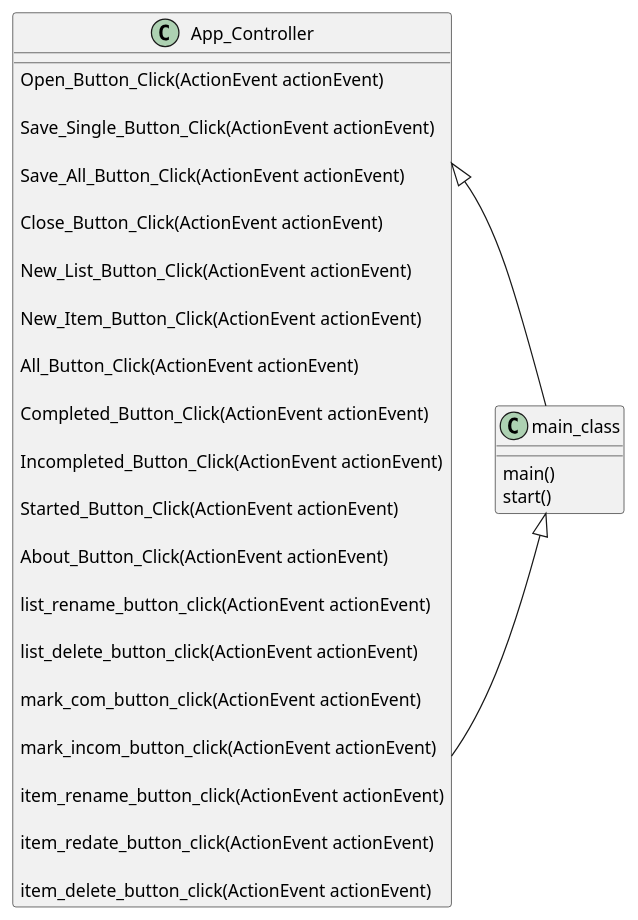
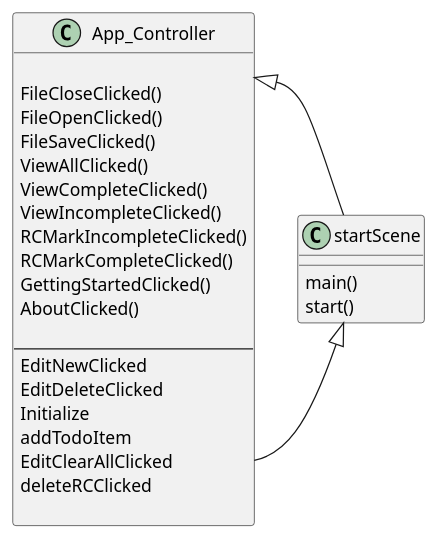
Before and after one commit to reyfundora/fundora-cop3330-assignment4part2: the diagram in uml/Controller_Diagram.puml, drawn with PlantUML. The commit also changed 7 other files, not shown here.

```diff
--- a/uml/Controller_Diagram.puml
+++ b/uml/Controller_Diagram.puml
@@ -1,52 +1,36 @@
 @startuml
 'https://plantuml.com/sequence-diagram
 
 class App_Controller {
-Open_Button_Click(ActionEvent actionEvent)
 
-Save_Single_Button_Click(ActionEvent actionEvent)
+FileCloseClicked()
+FileOpenClicked()
+FileSaveClicked()
+ViewAllClicked()
+ViewCompleteClicked()
+ViewIncompleteClicked()
+RCMarkIncompleteClicked()
+RCMarkCompleteClicked()
+GettingStartedClicked()
+AboutClicked()
 
-Save_All_Button_Click(ActionEvent actionEvent)
-
-Close_Button_Click(ActionEvent actionEvent)
-
-New_List_Button_Click(ActionEvent actionEvent)
-
-New_Item_Button_Click(ActionEvent actionEvent)
-
-All_Button_Click(ActionEvent actionEvent)
-
-Completed_Button_Click(ActionEvent actionEvent)
-
-Incompleted_Button_Click(ActionEvent actionEvent)
-
-Started_Button_Click(ActionEvent actionEvent)
-
-About_Button_Click(ActionEvent actionEvent)
-
-list_rename_button_click(ActionEvent actionEvent)
-
-list_delete_button_click(ActionEvent actionEvent)
-
-mark_com_button_click(ActionEvent actionEvent)
-
-mark_incom_button_click(ActionEvent actionEvent)
-
-item_rename_button_click(ActionEvent actionEvent)
-
-item_redate_button_click(ActionEvent actionEvent)
-
-item_delete_button_click(ActionEvent actionEvent)
+--
+EditNewClicked
+EditDeleteClicked
+Initialize
+addTodoItem
+EditClearAllClicked
+deleteRCClicked
 
 }
 
-class main_class {
+class startScene {
 main()
 start()
 }
 
-App_Controller -|> main_class
-App_Controller <|- main_class
+App_Controller -|> startScene
+App_Controller <|- startScene
 
 
 @enduml
```
